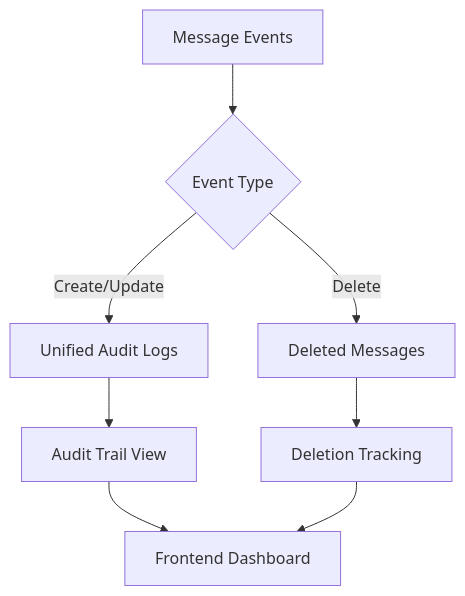
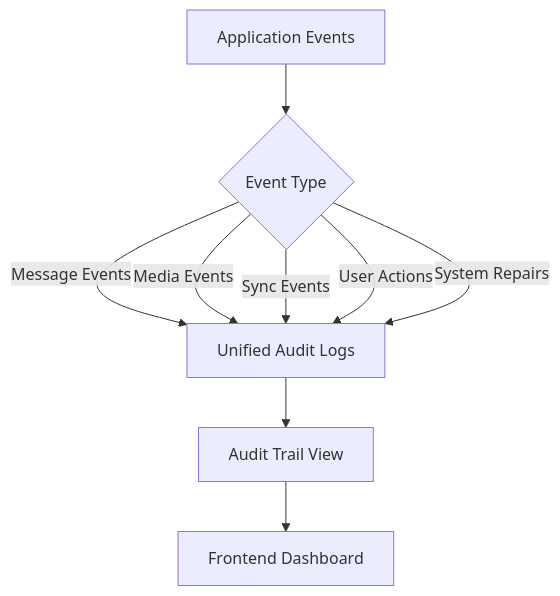
Before and after one commit to cmtkdot/xdelo-app: the first of 2 diagrams in docs/simplified-audit-logging.md, drawn with Mermaid. The commit also changed other lines of this file and 13 other files, not shown here.

````diff
--- a/docs/simplified-audit-logging.md
+++ b/docs/simplified-audit-logging.md
@@ -5,10 +6,11 @@
 ```mermaid
 graph TD
-    A[Message Events] --> B{Event Type}
-    B -->|Create/Update| C[Unified Audit Logs]
-    B -->|Delete| D[Deleted Messages]
+    A[Application Events] --> B{Event Type}
+    B -->|Message Events| C[Unified Audit Logs]
+    B -->|Media Events| C
+    B -->|Sync Events| C
+    B -->|User Actions| C
+    B -->|System Repairs| C
     C --> E[Audit Trail View]
-    D --> F[Deletion Tracking]
     E --> G[Frontend Dashboard]
-    F --> G
 ```
````
